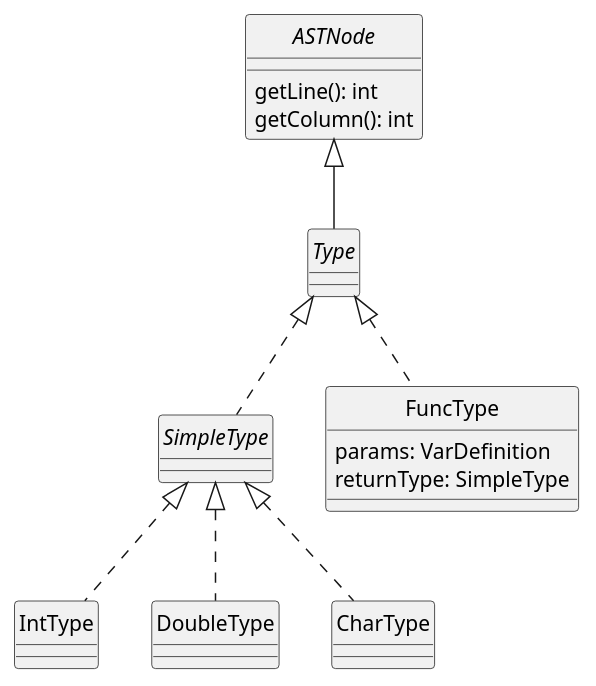
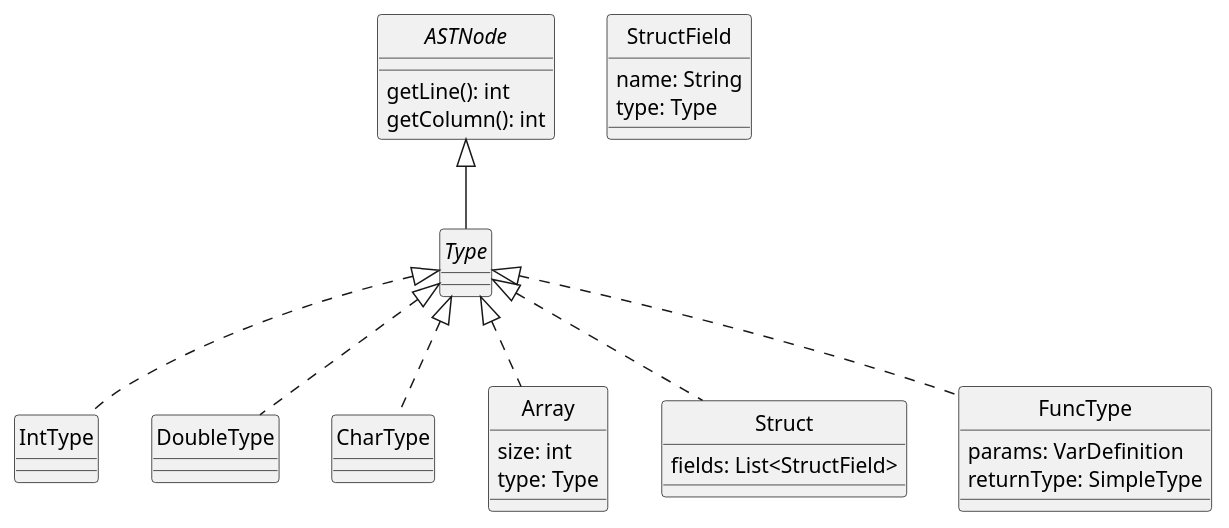
The diagram in docs/diagrams/types.plantuml (DavidGonzalezFernandez/dlp-compiler), drawn with PlantUML before and after one commit. The commit also changed 13 other files, not shown here.

```diff
--- a/docs/diagrams/types.plantuml
+++ b/docs/diagrams/types.plantuml
@@ -1,31 +1,46 @@
 @startuml Types
 skinparam style strictuml
 skinparam monochrome true
 
 interface ASTNode {
     getLine(): int
     getColumn(): int
 }
 
 interface Type
 
 ASTNode <|-- Type
 
 class IntType
 class DoubleType
 class CharType
+class Array
+class Struct
 
-interface SimpleType
+class Array {
+    size: int
+    type: Type
+}
+
+class StructField {
+    name: String
+    type: Type
+}
+
+class Struct {
+    fields: List<StructField>
+}
 
 class FuncType {
     params: VarDefinition
     returnType: SimpleType
 }
 
-Type <|.. SimpleType
 Type <|.. FuncType
-SimpleType <|.. IntType
-SimpleType <|.. DoubleType
-SimpleType <|.. CharType
+Type <|.. IntType
+Type <|.. DoubleType
+Type <|.. CharType
+Type <|.. Array
+Type <|.. Struct
 
 @enduml
```
